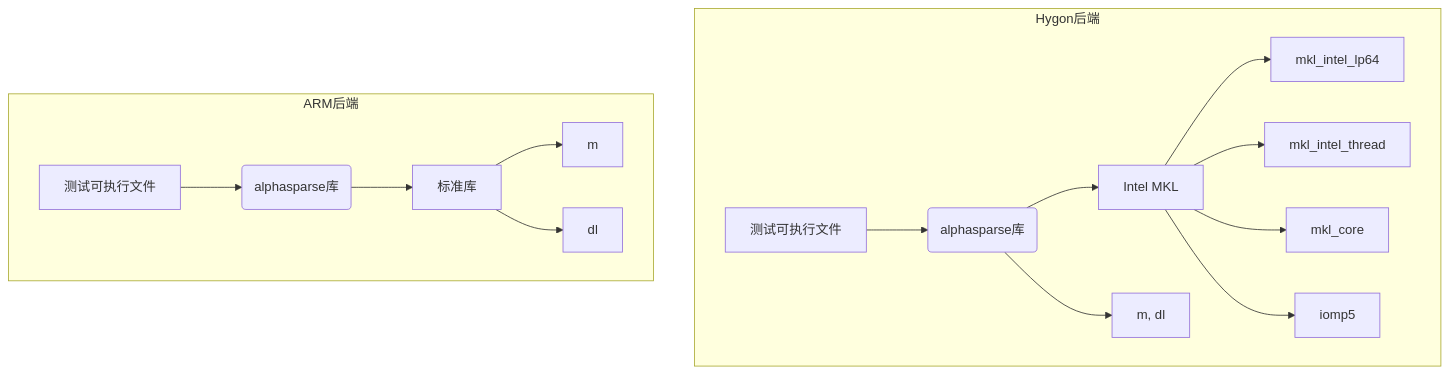
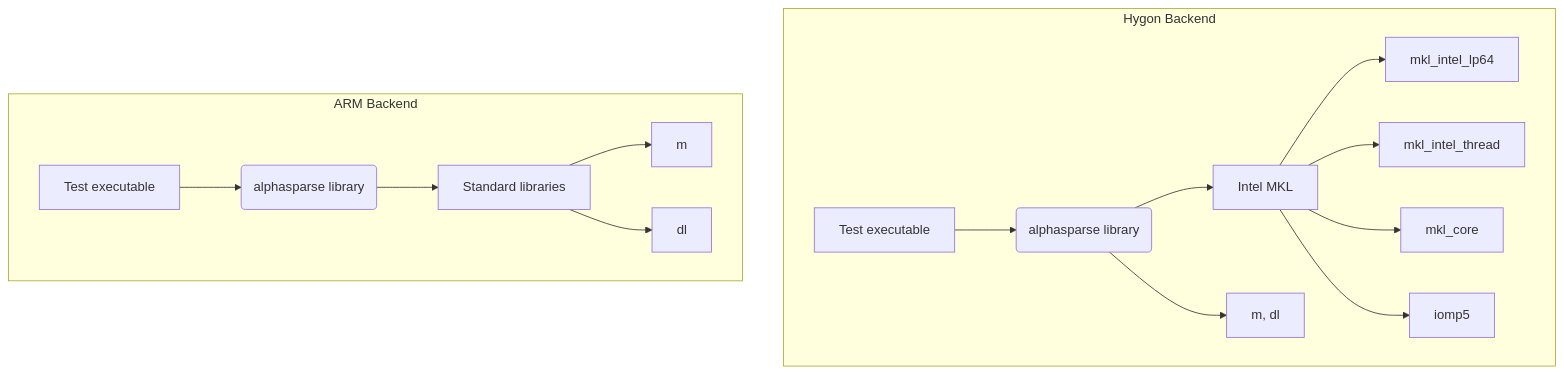
Diagram 17 of 21 in KernelPerf/submissions/spmv/alphasparse/upstream/AlphasparseWiki .md (QiWu-NCIC/QiWu-KernelPerf), drawn with Mermaid before and after one commit. The commit also changed other lines of this file and 310 other files, not shown here.

````diff
--- a/KernelPerf/submissions/spmv/alphasparse/upstream/AlphasparseWiki .md
+++ b/KernelPerf/submissions/spmv/alphasparse/upstream/AlphasparseWiki .md
@@ -1487,18 +1486,18 @@
 ```mermaid
 graph TD
-    subgraph Hygon后端
-        A[测试可执行文件] --> B(alphasparse库)
+    subgraph Hygon Backend
+        A[Test executable] --> B(alphasparse library)
         B --> C[Intel MKL]
         C --> D[mkl_intel_lp64]
         C --> E[mkl_intel_thread]
         C --> F[mkl_core]
         C --> G[iomp5]
         B --> H[m, dl]
     end
-    subgraph ARM后端
-        X[测试可执行文件] --> Y(alphasparse库)
-        Y --> Z[标准库]
+    subgraph ARM Backend
+        X[Test executable] --> Y(alphasparse library)
+        Y --> Z[Standard libraries]
         Z --> Z1[m]
         Z --> Z2[dl]
     end
 ```
````
